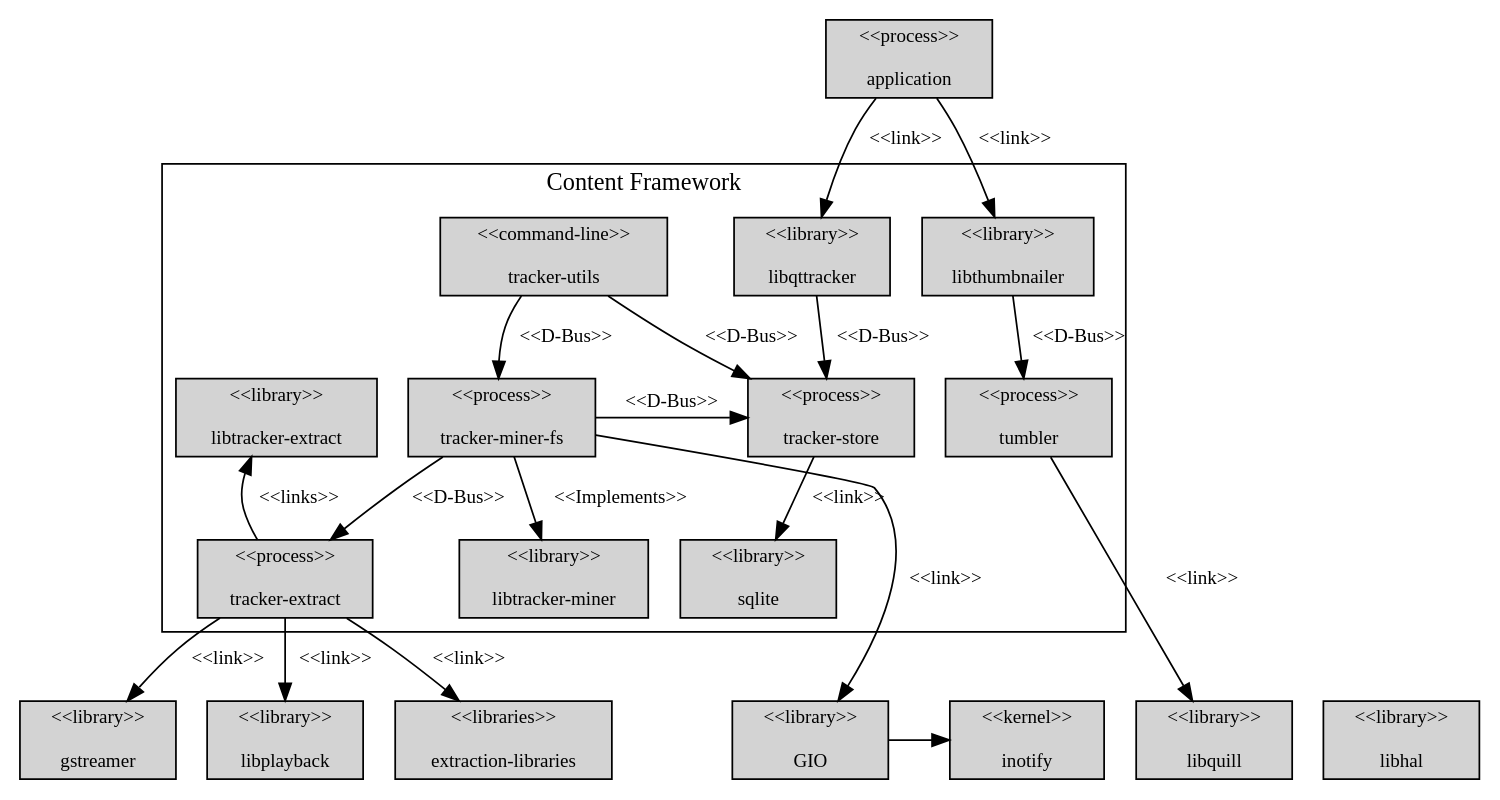
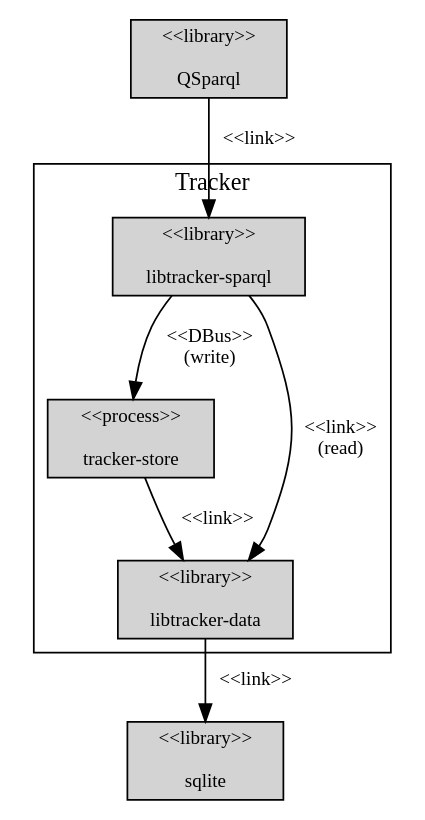
The diagram in docs/design/tracker-structural-view.dot (satabin/tracker), drawn with Graphviz before and after one commit. The commit also changed 1424 other files, not shown here.

```diff
--- a/docs/design/tracker-structural-view.dot
+++ b/docs/design/tracker-structural-view.dot
@@ -1,79 +1,39 @@
 /*
  * Structural view of tracker
  *
  * Generate PNG with: dot -Tpng tracker-structural-view.dot
  * View the diagram: dotty tracker-structural-view.dot
 */
 
 digraph G {
 
-  graph [size="70,100"];
+  graph [size="640,480"];
   node [shape=box, style=filled, fontsize=11];
   edge [fontsize=11];
 
   { rank=source
-    app [label="<<process>>\n\napplication"];
+    qsparql [label="<<library>>\n\nQSparql"];
   }
 
   subgraph cluster0 { 
-    label="Content Framework"
+    label="Tracker"
 
-    libqttracker [label="<<library>>\n\nlibqttracker"];
-    libthumbnailer [label="<<library>>\n\nlibthumbnailer"];
-    trackerutils [label="<<command-line>>\n\ntracker-utils"];
-    trackerstore [label="<<process>>\n\ntracker-store"];
-    sqlite [label="<<library>>\n\nsqlite" ];    
-
-    trackerextract [label="<<process>>\n\ntracker-extract"];
-    libtrackerextract [label="<<library>>\n\nlibtracker-extract"];
-    trackerextract -> libtrackerextract [label="<<links>>"];
-
-    trackerminerfs [label="<<process>>\n\ntracker-miner-fs"];
-    libtrackerminer [label="<<library>>\n\nlibtracker-miner"];
-
-    tumbler [label="<<process>>\n\ntumbler"];
-
-
-    {rank=same; trackerstore; trackerminerfs; libtrackerextract};
-
-    libthumbnailer -> tumbler [label="<<D-Bus>>"]
-    libqttracker -> trackerstore [label="<<D-Bus>>"]
-
-    trackerminerfs -> trackerextract [label="<<D-Bus>>"]
-    trackerminerfs -> trackerstore [label="<<D-Bus>>"]
-    trackerminerfs -> libtrackerminer [label="<<Implements>>"]
-
-    trackerutils -> trackerstore [label="<<D-Bus>>"]
-    trackerutils -> trackerminerfs [label="<<D-Bus>>"]
-    
-    trackerstore -> sqlite [label="<<link>>"]
+    libtrackersparql [label="<<library>>\n\nlibtracker-sparql"]
+    store [label="<<process>>\n\ntracker-store"]
+    libtrackerdata [label="<<library>>\n\nlibtracker-data"]
   }
 
   {
     rank=sink
-    extractionlibs [label="<<libraries>>\n\nextraction-libraries"];
-    gstreamer [label="<<library>>\n\ngstreamer"];
-    libhal [label="<<library>>\n\nlibhal"];
-    libquill [label="<<library>>\n\nlibquill"];
-    libplayback [label="<<library>>\n\nlibplayback"];
-
-    gio [label="<<library>>\n\nGIO"];
-    inotify [label="<<kernel>>\n\ninotify"];
-    gio -> inotify;
+    sqlite [label="<<library>>\n\nsqlite" ];    
   }
 
-  app -> libqttracker [label="<<link>>"]
-  app -> libthumbnailer [label="<<link>>"]
+  qsparql -> libtrackersparql [label="<<link>>"]
+  libtrackersparql -> store [label="<<DBus>>\n(write)"]
+  libtrackersparql -> libtrackerdata [label="<<link>>\n(read)"]
+  store -> libtrackerdata [label="<<link>>"]
+  libtrackerdata -> sqlite [label="<<link>>"]
 
-  trackerextract -> extractionlibs [label="<<link>>"]
-  trackerextract -> gstreamer [label="<<link>>"]
-  trackerextract -> libplayback [label="<<link>>"]
   
-//  trackerstore -> libhal [label="<<link>>"]
-//  trackerminerfs -> libhal [label="<<link>>"]
-  
-  trackerminerfs -> gio  [label="<<link>>"]
-
-  tumbler -> libquill [label="<<link>>"]
   
 }
```
